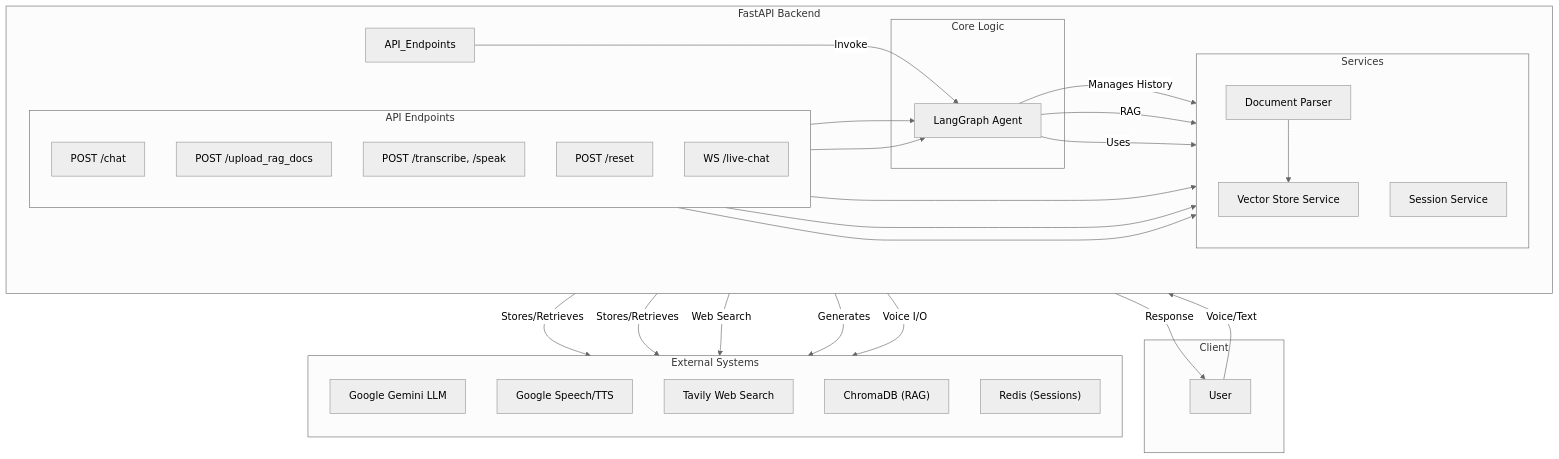
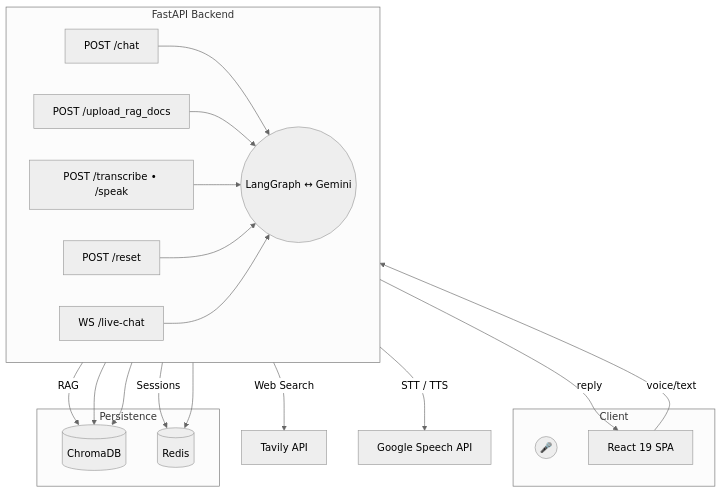
The diagram in README.md (tanmaysk001/Okada_hackathon_voice_conversational_agent), drawn with Mermaid (neutral theme) before and after one commit. The commit also changed other lines of this file, not shown here.

````diff
--- a/README.md
+++ b/README.md
@@ -26,65 +86,32 @@
 ```mermaid
 graph TD
     subgraph Client
-        User
+        User((🎤))
+        UI[React 19 SPA]
     end
 
     subgraph "FastAPI Backend"
         direction LR
-        
-        subgraph "API Endpoints"
-            direction TB
-            Chat["POST /chat"]
-            Upload["POST /upload_rag_docs"]
-            Audio["POST /transcribe, /speak"]
-            Reset["POST /reset"]
-            LiveChat["WS /live-chat"]
-        end
-
-        subgraph "Core Logic"
-            Agent["LangGraph Agent"]
-        end
-
-        subgraph "Services"
-            direction TB
-            DocParser["Document Parser"]
-            VecStoreSvc["Vector Store Service"]
-            SessionSvc["Session Service"]
-        end
-        
-        API_Endpoints -- "Invoke" --> Agent
-        Agent -- "Uses" --> Services
+        Chat["POST /chat"]
+        Upload["POST /upload_rag_docs"]
+        Audio["POST /transcribe • /speak"]
+        Reset["POST /reset"]
+        LiveChat["WS /live-chat"]
+        Chat & Upload & Audio & Reset & LiveChat --> Agent((LangGraph ↔ Gemini))
     end
 
-    subgraph "External Systems"
-        direction TB
-        Gemini["Google Gemini LLM"]
-        GoogleAudio["Google Speech/TTS"]
-        Tavily["Tavily Web Search"]
-        Chroma["ChromaDB (RAG)"]
-        Redis["Redis (Sessions)"]
+    subgraph Persistence
+        Chroma[(ChromaDB)]
+        Redis[(Redis)]
     end
 
-    %% Flows
-    User -- "Voice/Text" --> API_Endpoints
-    
-    Upload --> DocParser
-    DocParser --> VecStoreSvc
-    VecStoreSvc -- "Stores/Retrieves" --> Chroma
+    Agent -- RAG --> Chroma
+    Agent -- Sessions --> Redis
+    Agent -- Web Search --> Tavily[Tavily API]
+    Agent -- STT / TTS --> GoogleCloud[Google Speech API]
 
-    Chat --> Agent
-    LiveChat --> Agent
-    
-    Agent -- "Manages History" --> SessionSvc
-    SessionSvc -- "Stores/Retrieves" --> Redis
-
-    Agent -- "RAG" --> VecStoreSvc
-    Agent -- "Web Search" --> Tavily
-    Agent -- "Generates" --> Gemini
-    Agent -- "Voice I/O" --> GoogleAudio
-
-    Agent -- "Response" --> User
-    
-    Reset --> SessionSvc
-    Reset --> VecStoreSvc
+    UI -- voice/text --> LiveChat
+    Upload --> Chroma
+    Reset --> Redis & Chroma
+    Agent -- reply --> UI
 ```
````
